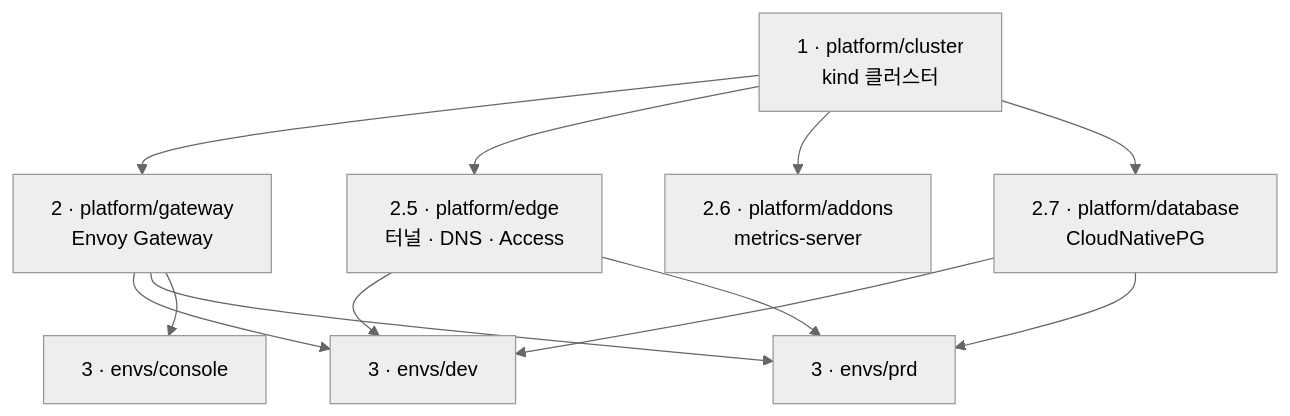
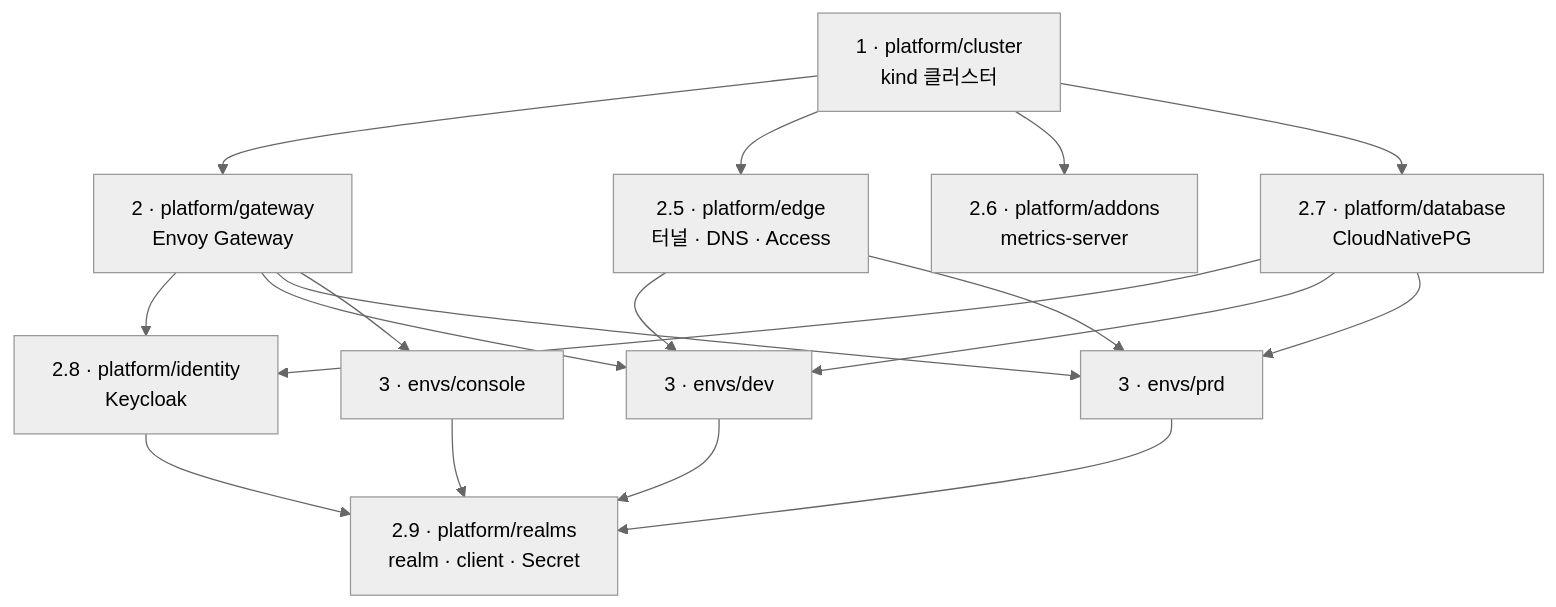
One commit to ParkSeWoo/claudharmony-infra changed the sixth of 6 diagrams in docs/01-architecture.md. Above: the diagram before and after it, drawn with Mermaid (neutral theme). The commit also changed other lines of this file and 31 other files, not shown here.

First line of the commit message:
identity: add Keycloak (platform/identity + platform/realms)

````diff
--- a/docs/01-architecture.md
+++ b/docs/01-architecture.md
@@ -159,10 +165,13 @@
 ```mermaid
 flowchart TB
     C1[1 · platform/cluster<br/>kind 클러스터] --> C2[2 · platform/gateway<br/>Envoy Gateway]
     C1 --> C3[2.5 · platform/edge<br/>터널 · DNS · Access]
     C1 --> C4[2.6 · platform/addons<br/>metrics-server]
     C1 --> C5[2.7 · platform/database<br/>CloudNativePG]
+    C2 & C5 --> I1[2.8 · platform/identity<br/>Keycloak]
+    I1 --> I2[2.9 · platform/realms<br/>realm · client · Secret]
     C2 & C3 & C5 --> E1[3 · envs/dev]
     C2 & C3 & C5 --> E2[3 · envs/prd]
     C2 --> E3[3 · envs/console]
+    E1 & E2 & E3 --> I2
 ```
````
